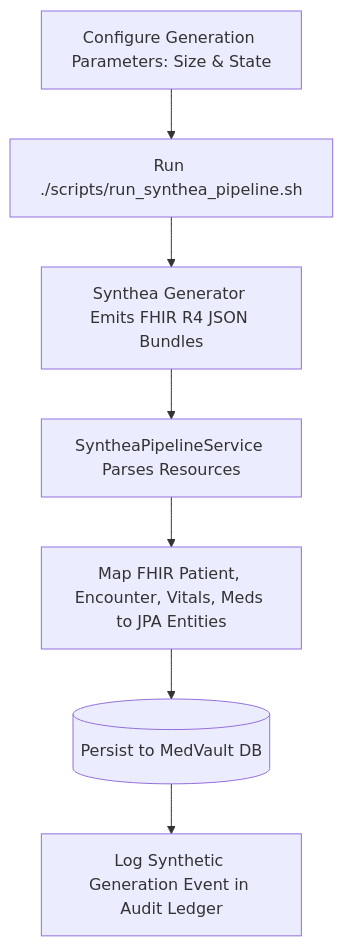
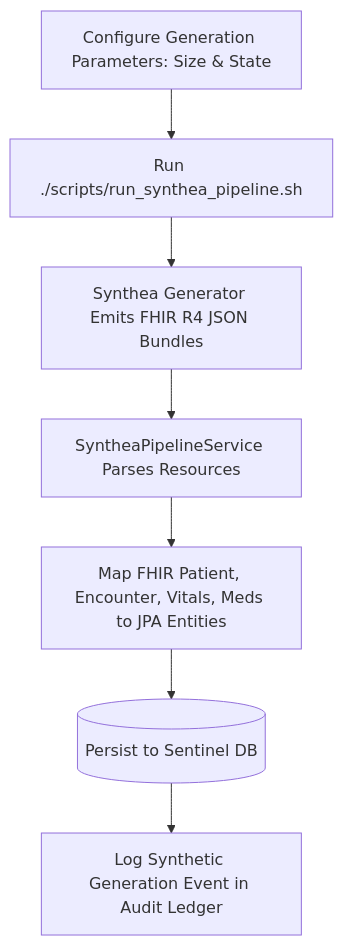
One commit to kamranxdev/Sentinel-EHR changed the diagram in docs/interoperability/synthea-pipeline-integration.md. Above: the diagram before and after it, drawn with Mermaid. The commit also changed other lines of this file and 328 other files, not shown here.

````diff
--- a/docs/interoperability/synthea-pipeline-integration.md
+++ b/docs/interoperability/synthea-pipeline-integration.md
@@ -20,9 +20,9 @@
 ```mermaid
 flowchart TD
     Config[Configure Generation Parameters: Size & State] --> ExecScript[Run ./scripts/run_synthea_pipeline.sh]
     ExecScript --> GenerateFHIR[Synthea Generator Emits FHIR R4 JSON Bundles]
     GenerateFHIR --> IngestPipeline[SyntheaPipelineService Parses Resources]
     IngestPipeline --> MapEntities[Map FHIR Patient, Encounter, Vitals, Meds to JPA Entities]
-    MapEntities --> Database[(Persist to MedVault DB)]
+    MapEntities --> Database[(Persist to Sentinel DB)]
     Database --> Audit[Log Synthetic Generation Event in Audit Ledger]
 ```
````
